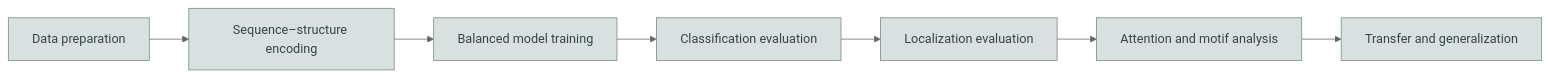
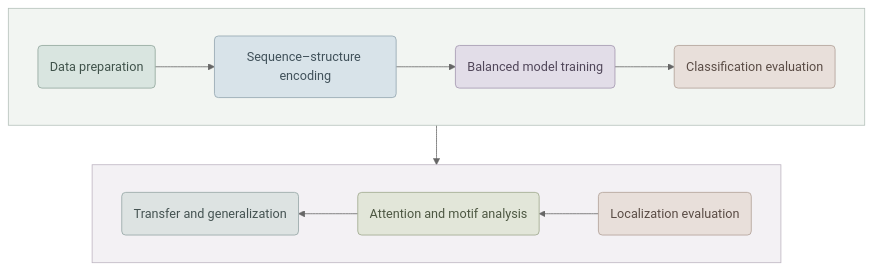
Before and after one commit to CMB-BNU/mRModN_welcome_page: the third of 6 diagrams in README.md, drawn with Mermaid (neutral theme). The commit also changed other lines of this file, not shown here.

````diff
--- a/README.md
+++ b/README.md
@@ -174,12 +174,30 @@
 ```mermaid
-flowchart LR
-    A[Data preparation] --> B[Sequence–structure encoding]
-    B --> C[Balanced model training]
-    C --> D[Classification evaluation]
-    D --> E[Localization evaluation]
-    E --> F[Attention and motif analysis]
-    F --> G[Transfer and generalization]
+flowchart TB
+    subgraph TOP[ ]
+        direction LR
+        A(Data preparation) --> B(Sequence–structure encoding)
+        B --> C(Balanced model training)
+        C --> D(Classification evaluation)
+    end
+    subgraph BOTTOM[ ]
+        direction RL
+        E(Localization evaluation) --> F(Attention and motif analysis)
+        F --> G(Transfer and generalization)
+    end
+    D --> E
 
-    classDef stage fill:#D9E1E0,stroke:#778A88,color:#354544,stroke-width:1px
-    class A,B,C,D,E,F,G stage
+    style TOP fill:#F2F5F2,stroke:#B4C1BA,stroke-width:1px
+    style BOTTOM fill:#F3F1F4,stroke:#BDB4C1,stroke-width:1px
+    classDef prepare fill:#D9E5E0,stroke:#8FA49A,color:#40534B,stroke-width:1px
+    classDef encode fill:#D8E3E9,stroke:#91A4AE,color:#40515A,stroke-width:1px
+    classDef train fill:#E2DDE8,stroke:#A295AE,color:#51475A,stroke-width:1px
+    classDef evaluate fill:#E8DFDA,stroke:#AF9F95,color:#5A4C45,stroke-width:1px
+    classDef interpret fill:#E2E6D9,stroke:#9CA78B,color:#4D5742,stroke-width:1px
+    classDef transfer fill:#DDE3E2,stroke:#93A4A3,color:#455352,stroke-width:1px
+    class A prepare
+    class B encode
+    class C train
+    class D,E evaluate
+    class F interpret
+    class G transfer
 ```
````
